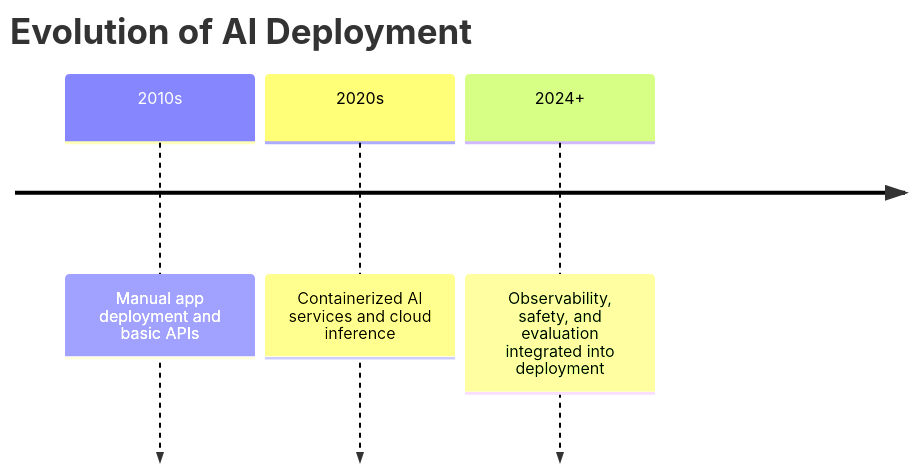
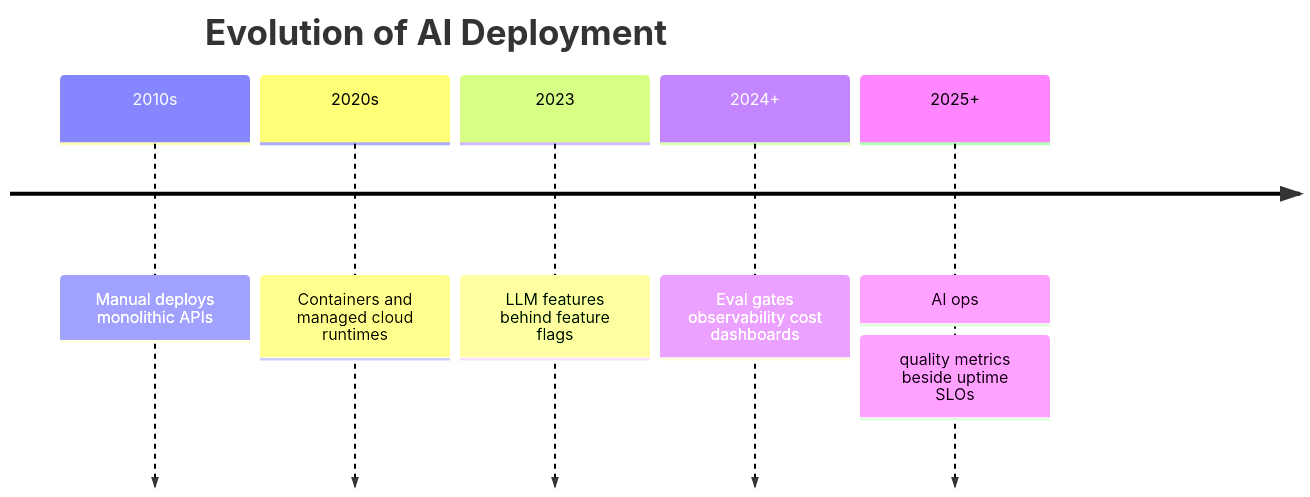
The third of 13 diagrams in day_29/day_29_deployment.md (Asabeneh/30-Days-Of-AI-Engineering), drawn with Mermaid before and after one commit. The commit also changed other lines of this file and 49 other files, not shown here.

````diff
--- a/day_29/day_29_deployment.md
+++ b/day_29/day_29_deployment.md
@@ -85,7 +119,9 @@
 ```mermaid
 timeline
-        title Evolution of AI Deployment
-        2010s : Manual app deployment and basic APIs
-        2020s : Containerized AI services and cloud inference
-        2024+ : Observability, safety, and evaluation integrated into deployment
+    title Evolution of AI Deployment
+    2010s : Manual deploys monolithic APIs
+    2020s : Containers and managed cloud runtimes
+    2023 : LLM features behind feature flags
+    2024+ : Eval gates observability cost dashboards
+    2025+ : AI ops: quality metrics beside uptime SLOs
 ```
````
